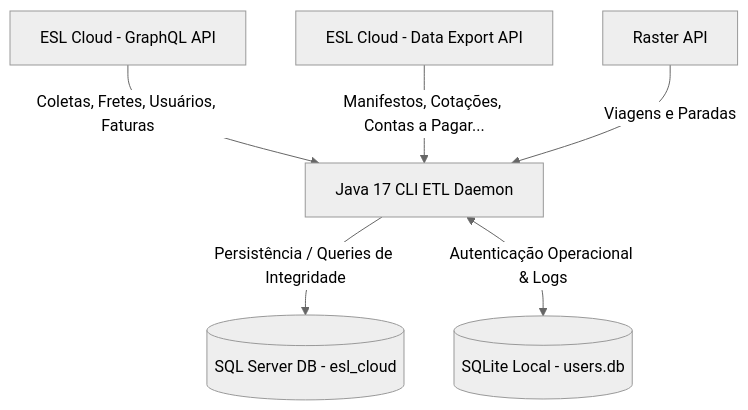
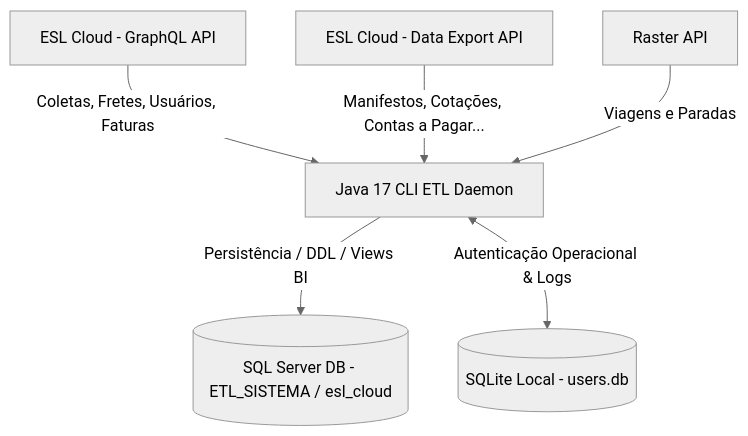
One commit to Dev-Rodogarcia/script-etl-automacao changed the diagram in README.md. Above: the diagram before and after it, drawn with Mermaid (neutral theme). The commit also changed other lines of this file and 11 other files, not shown here.

````diff
--- a/README.md
+++ b/README.md
@@ -13,9 +13,9 @@
 ```mermaid
 graph TD
     ESLGraphQL[ESL Cloud - GraphQL API] -->|Coletas, Fretes, Usuários, Faturas| ExtratorDaemon[Java 17 CLI ETL Daemon]
     ESLDataExport[ESL Cloud - Data Export API] -->|Manifestos, Cotações, Contas a Pagar...| ExtratorDaemon
     RasterAPI[Raster API] -->|Viagens e Paradas| ExtratorDaemon
     
-    ExtratorDaemon -->|Persistência / Queries de Integridade| SQLServer[(SQL Server DB - esl_cloud)]
+    ExtratorDaemon -->|Persistência / DDL / Views BI| SQLServer[(SQL Server DB - ETL_SISTEMA / esl_cloud)]
     ExtratorDaemon <-->|Autenticação Operacional & Logs| SQLiteLocal[(SQLite Local - users.db)]
 ```
````
